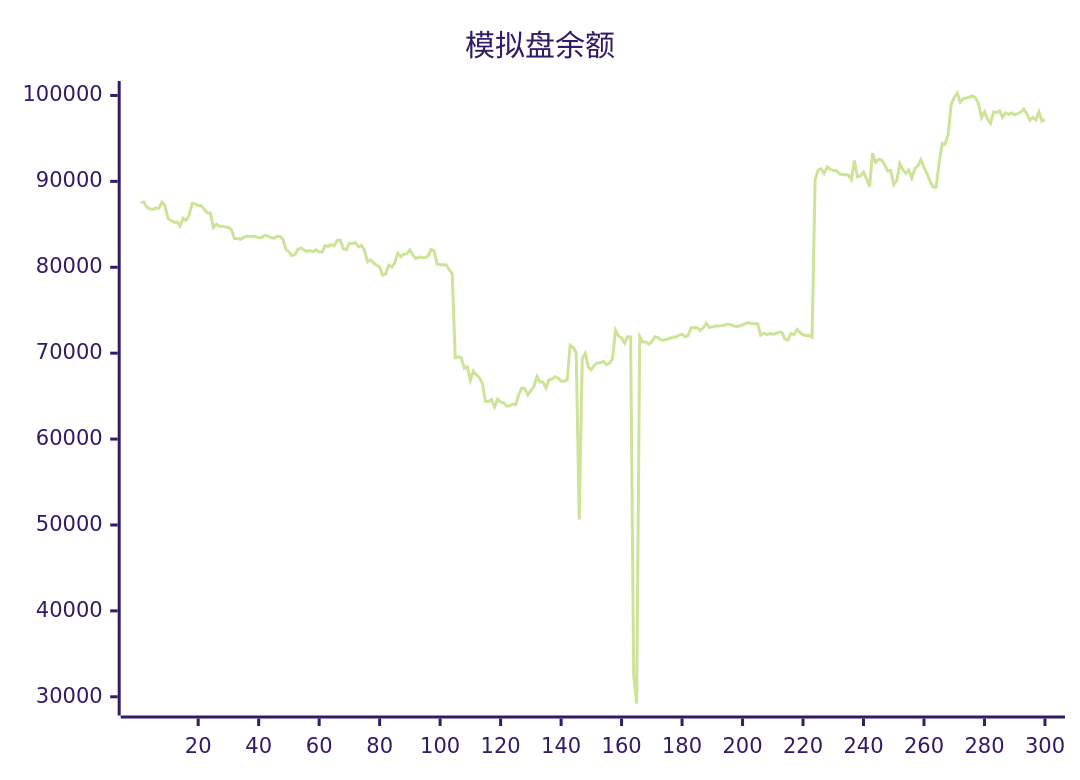
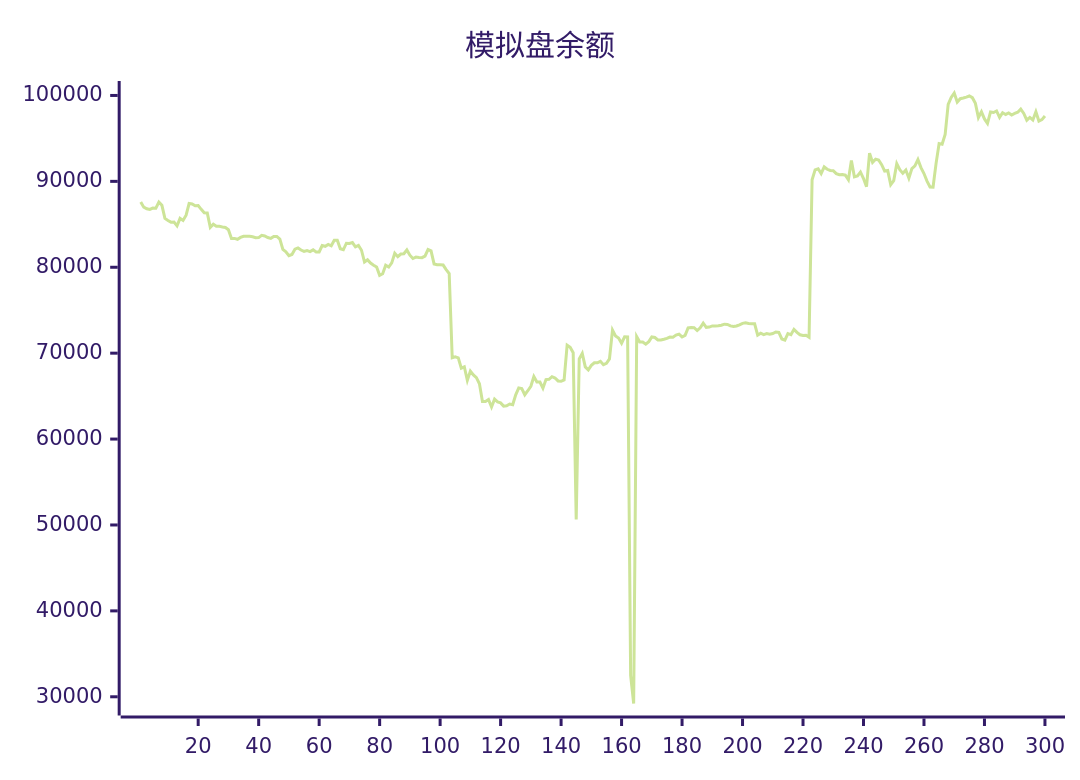
One commit to aahl/ai-trading changed the diagram in README.md. Above: the diagram before and after it, drawn with Mermaid (forest theme). The commit also changed other lines of this file and 1 other file, not shown here.

````diff
--- a/README.md
+++ b/README.md
@@ -5,5 +5,5 @@
 ```mermaid
 xychart
     title "模拟盘余额"
-    line [87543,87608,87000,86810,86740,86894,86884,87576,87209,85686,85435,85251,85255,84820,85689,85453,86066,87420,87373,87161,87178,86740,86341,86315,84643,85012,84772,84768,84690,84635,84376,83360,83357,83259,83474,83608,83606,83602,83548,83440,83454,83724,83644,83464,83365,83590,83592,83275,82072,81806,81344,81492,82109,82254,82006,81848,81955,81829,82022,81769,81776,82522,82441,82656,82498,83144,83144,82150,82038,82797,82763,82872,82367,82536,81981,80612,80862,80484,80242,80034,79063,79245,80226,80016,80507,81625,81233,81544,81578,82016,81401,81019,81186,81130,81118,81306,82066,81909,80392,80304,80291,80258,79729,79261,69466,69579,69456,68251,68415,66832,67911,67462,67144,66432,64380,64375,64606,63740,64647,64324,64216,63842,63877,64078,64008,65156,65945,65888,65157,65625,66144,67284,66653,66639,65924,66925,66956,67263,67108,66766,66729,66886,70927,70673,70049,50652,69334,69973,68400,68061,68578,68876,68879,69055,68662,68822,69329,72687,71999,71760,71162,71911,71896,32500,29218,71927,71297,71305,71044,71337,71883,71822,71536,71536,71622,71723,71880,71860,72100,72216,71887,72077,72940,72976,72966,72638,72948,73497,73004,73041,73173,73160,73186,73258,73375,73351,73173,73098,73161,73305,73474,73536,73457,73413,73412,72100,72333,72164,72272,72204,72285,72461,72421,71652,71521,72267,72157,72774,72424,72144,72060,72091,71858,90185,91338,91466,90900,91678,91404,91268,91244,90903,90779,90787,90721,90187,92429,90518,90619,91070,90328,89376,93286,92202,92581,92485,91947,91196,91259,89619,90086,92063,91355,90950,91327,90373,91498,91800,92531,91603,90910,90031,89351,89334,92097,94406,94315,95455,98972,99763,100286,99229,99622,99701,99805,99938,99738,99082,97430,98094,97267,96741,98081,98013,98194,97447,97983,97789,97969,97729,97911,98043,98405,97912,97120,97448,97154,98095,97021,97190]
+    line [87608,87000,86810,86740,86894,86884,87576,87209,85686,85435,85251,85255,84820,85689,85453,86066,87420,87373,87161,87178,86740,86341,86315,84643,85012,84772,84768,84690,84635,84376,83360,83357,83259,83474,83608,83606,83602,83548,83440,83454,83724,83644,83464,83365,83590,83592,83275,82072,81806,81344,81492,82109,82254,82006,81848,81955,81829,82022,81769,81776,82522,82441,82656,82498,83144,83144,82150,82038,82797,82763,82872,82367,82536,81981,80612,80862,80484,80242,80034,79063,79245,80226,80016,80507,81625,81233,81544,81578,82016,81401,81019,81186,81130,81118,81306,82066,81909,80392,80304,80291,80258,79729,79261,69466,69579,69456,68251,68415,66832,67911,67462,67144,66432,64380,64375,64606,63740,64647,64324,64216,63842,63877,64078,64008,65156,65945,65888,65157,65625,66144,67284,66653,66639,65924,66925,66956,67263,67108,66766,66729,66886,70927,70673,70049,50652,69334,69973,68400,68061,68578,68876,68879,69055,68662,68822,69329,72687,71999,71760,71162,71911,71896,32500,29218,71927,71297,71305,71044,71337,71883,71822,71536,71536,71622,71723,71880,71860,72100,72216,71887,72077,72940,72976,72966,72638,72948,73497,73004,73041,73173,73160,73186,73258,73375,73351,73173,73098,73161,73305,73474,73536,73457,73413,73412,72100,72333,72164,72272,72204,72285,72461,72421,71652,71521,72267,72157,72774,72424,72144,72060,72091,71858,90185,91338,91466,90900,91678,91404,91268,91244,90903,90779,90787,90721,90187,92429,90518,90619,91070,90328,89376,93286,92202,92581,92485,91947,91196,91259,89619,90086,92063,91355,90950,91327,90373,91498,91800,92531,91603,90910,90031,89351,89334,92097,94406,94315,95455,98972,99763,100286,99229,99622,99701,99805,99938,99738,99082,97430,98094,97267,96741,98081,98013,98194,97447,97983,97789,97969,97729,97911,98043,98405,97912,97120,97448,97154,98095,97021,97190,97616]
 ```
````
